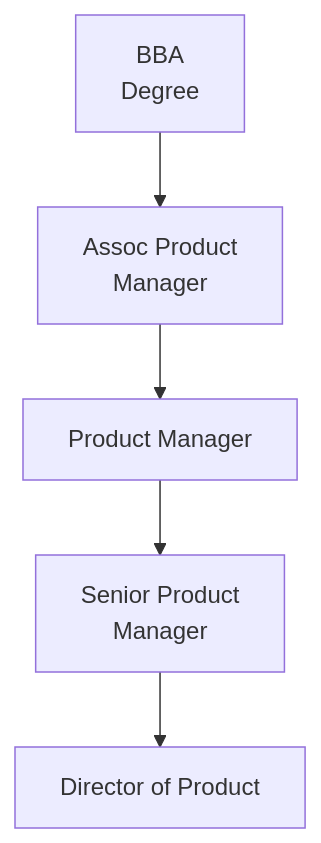
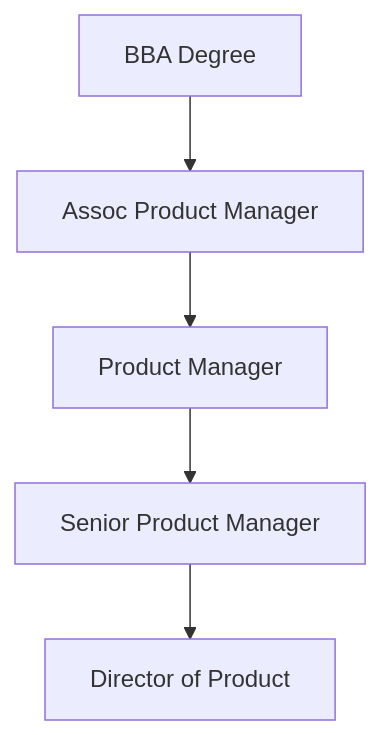
The first of 3 diagrams in curriculum-app/src/content/lessons/ug/bba/sem5/week18.md (the-career-breweries/tcb-soft-skills), drawn with Mermaid before and after one commit. The commit also changed other lines of this file and 4 other files, not shown here.

Commit message:
fix: correctly initialize mermaid on render with htmlLabels false

````diff
--- a/curriculum-app/src/content/lessons/ug/bba/sem5/week18.md
+++ b/curriculum-app/src/content/lessons/ug/bba/sem5/week18.md
@@ -22,7 +22,7 @@
 ```mermaid
 flowchart TD
-    A[BBA<br/>Degree] --> B[Assoc Product<br/>Manager]
+    A[BBA Degree] --> B[Assoc Product Manager]
     B --> C[Product Manager]
-    C --> D[Senior Product<br/>Manager]
+    C --> D[Senior Product Manager]
     D --> E[Director of Product]
 ```
````
